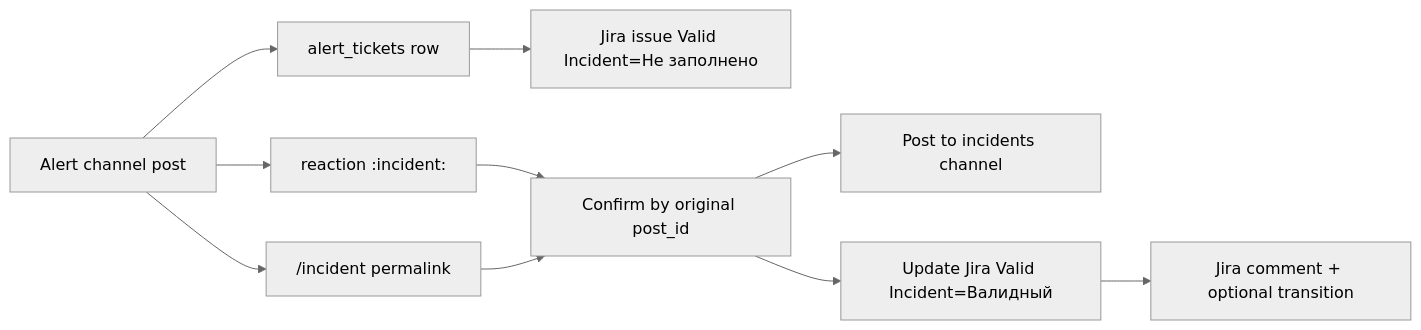
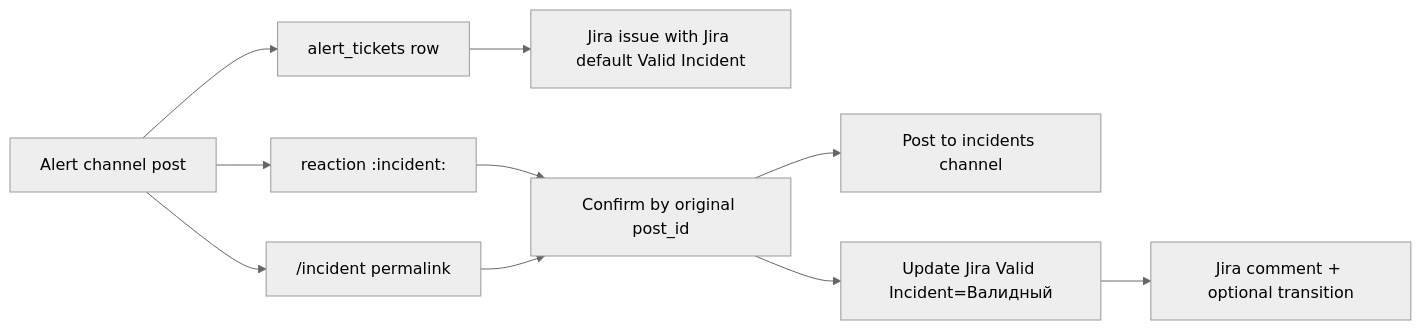
Before and after one commit to nytera/jira-mattermost: the diagram in README.md, drawn with Mermaid (neutral theme). The commit also changed other lines of this file and 1 other file, not shown here.

Commit message:
Update Jira on-prem documentation

````diff
--- a/README.md
+++ b/README.md
@@ -14,12 +14,12 @@
 ```mermaid
 flowchart LR
   A["Alert channel post"] --> B["alert_tickets row"]
-  B --> C["Jira issue Valid Incident=Не заполнено"]
+  B --> C["Jira issue with Jira default Valid Incident"]
   A --> D["reaction :incident:"]
   A --> E["/incident permalink"]
   D --> F["Confirm by original post_id"]
   E --> F
   F --> G["Post to incidents channel"]
   F --> H["Update Jira Valid Incident=Валидный"]
   H --> I["Jira comment + optional transition"]
 ```
````
